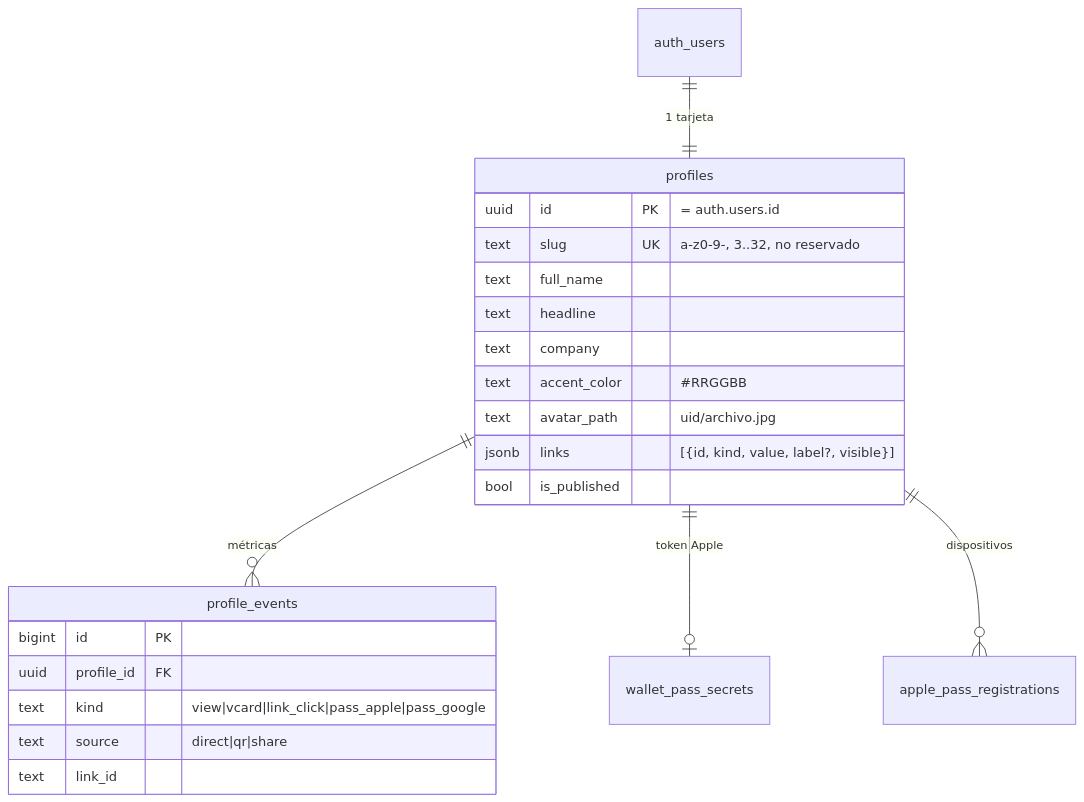
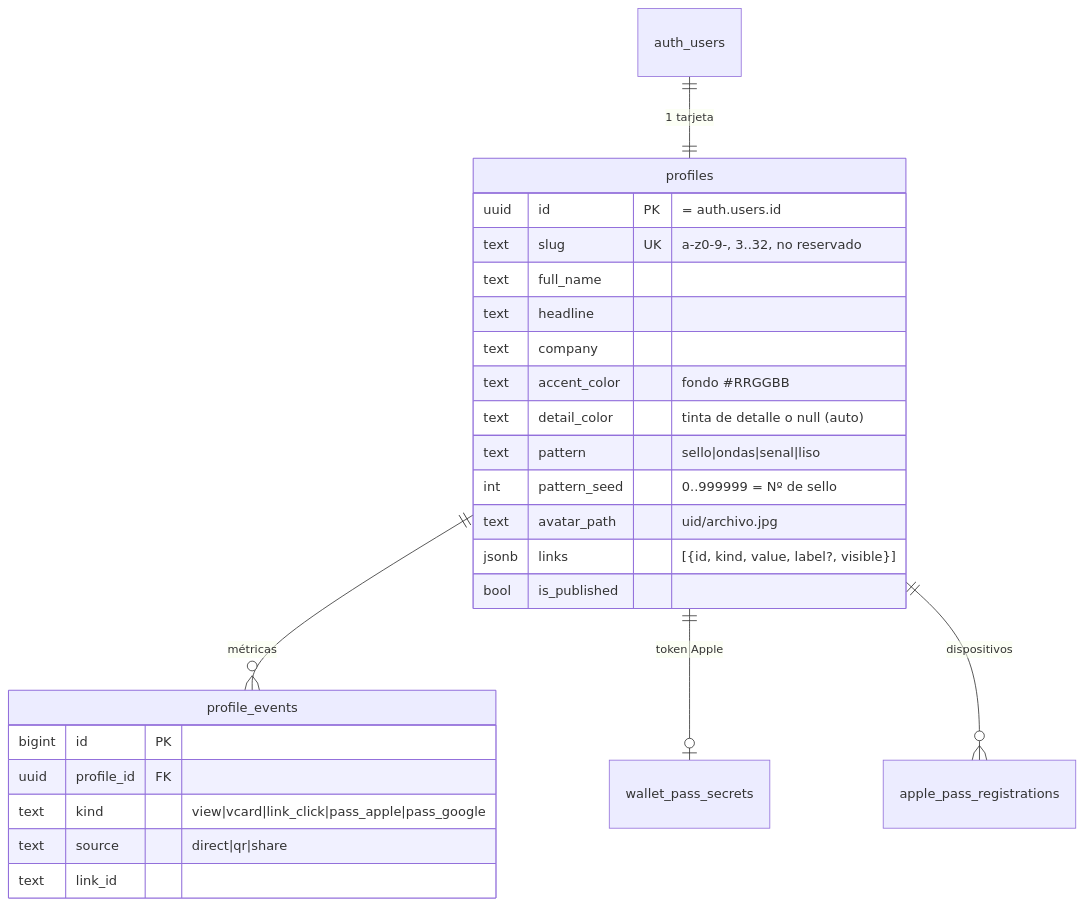
Before and after one commit to diegomolinacatala/PassMe: the second of 4 diagrams in docs/ARCHITECTURE.md, drawn with Mermaid. The commit also changed other lines of this file and 6 other files, not shown here.

````diff
--- a/docs/ARCHITECTURE.md
+++ b/docs/ARCHITECTURE.md
@@ -36,26 +36,29 @@
 ```mermaid
 erDiagram
     auth_users ||--|| profiles : "1 tarjeta"
     profiles ||--o{ profile_events : "métricas"
     profiles ||--o| wallet_pass_secrets : "token Apple"
     profiles ||--o{ apple_pass_registrations : "dispositivos"
 
     profiles {
         uuid id PK "= auth.users.id"
         text slug UK "a-z0-9-, 3..32, no reservado"
         text full_name
         text headline
         text company
-        text accent_color "#RRGGBB"
+        text accent_color "fondo #RRGGBB"
+        text detail_color "tinta de detalle o null (auto)"
+        text pattern "sello|ondas|senal|liso"
+        int pattern_seed "0..999999 = Nº de sello"
         text avatar_path "uid/archivo.jpg"
         jsonb links "[{id, kind, value, label?, visible}]"
         bool is_published
     }
     profile_events {
         bigint id PK
         uuid profile_id FK
         text kind "view|vcard|link_click|pass_apple|pass_google"
         text source "direct|qr|share"
         text link_id
     }
 ```
````
